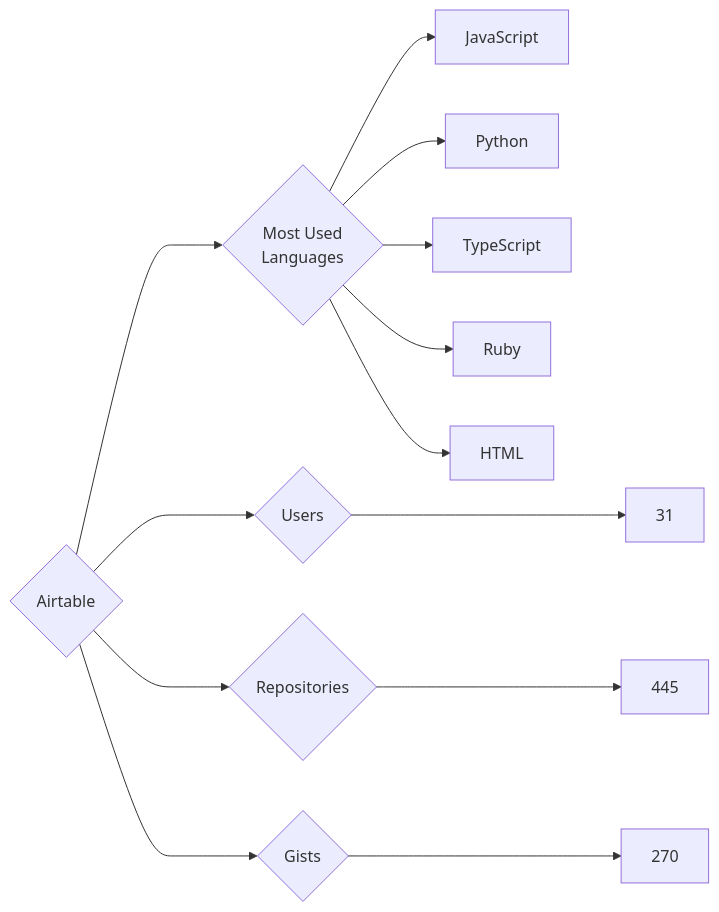
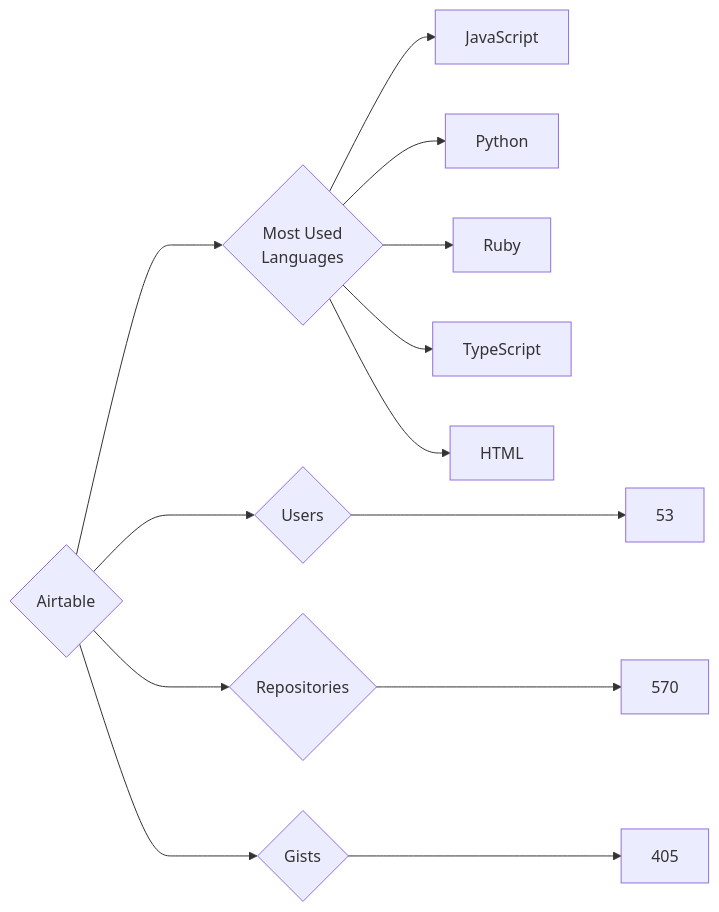
Before and after one commit to trickest/insiders: the diagram in targets/Airtable/README.md, drawn with Mermaid. The commit also changed 874 other files, not shown here.

````diff
--- a/targets/Airtable/README.md
+++ b/targets/Airtable/README.md
@@ -3,13 +3,13 @@
 ```mermaid
 graph LR
 COMPANY_NAME{Airtable}
-COMPANY_NAME ---> U{Users} ---> UN[31]
-COMPANY_NAME ---> R{Repositories} ---> RN[445]
-COMPANY_NAME ---> G{Gists} ---> GN[270]
+COMPANY_NAME ---> U{Users} ---> UN[53]
+COMPANY_NAME ---> R{Repositories} ---> RN[570]
+COMPANY_NAME ---> G{Gists} ---> GN[405]
 COMPANY_NAME ---> ML{Most Used<br>Languages}
 ML --> JavaScript[JavaScript]
 ML --> Python[Python]
+ML --> Ruby[Ruby]
 ML --> TypeScript[TypeScript]
-ML --> Ruby[Ruby]
 ML --> HTML[HTML]
 ```
````
